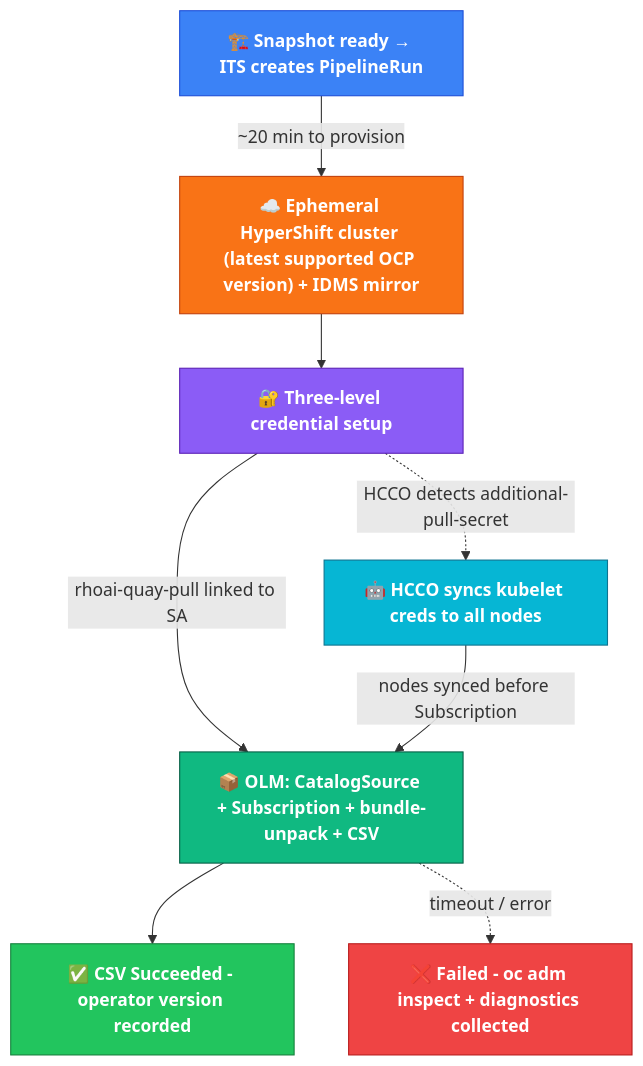
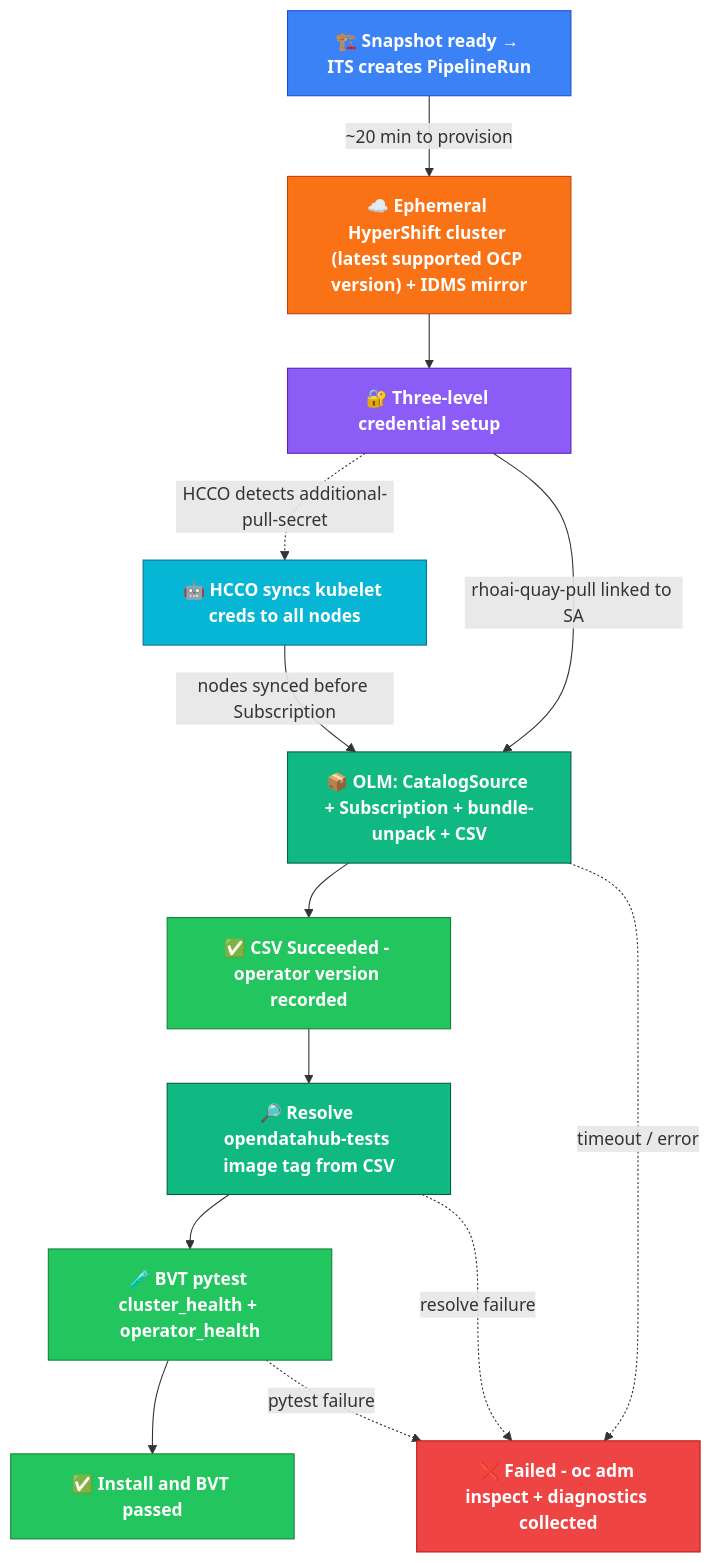
One commit to Srihari1192/odh-konflux-central changed the diagram in integration-tests/olminstall/README.md. Above: the diagram before and after it, drawn with Mermaid. The commit also changed other lines of this file and 36 other files, not shown here.

````diff
--- a/integration-tests/olminstall/README.md
+++ b/integration-tests/olminstall/README.md
@@ -9,26 +9,34 @@
 ```mermaid
 flowchart TD
     classDef trigger fill:#3B82F6,stroke:#1D4ED8,color:#fff,font-weight:bold
     classDef infra   fill:#F97316,stroke:#C2410C,color:#fff,font-weight:bold
     classDef auth    fill:#8B5CF6,stroke:#5B21B6,color:#fff,font-weight:bold
     classDef hcco    fill:#06B6D4,stroke:#0E7490,color:#fff,font-weight:bold
     classDef olm     fill:#10B981,stroke:#065F46,color:#fff,font-weight:bold
     classDef pass    fill:#22C55E,stroke:#15803D,color:#fff,font-weight:bold
     classDef fail    fill:#EF4444,stroke:#B91C1C,color:#fff,font-weight:bold
 
     BUILD["🏗️ Snapshot ready → ITS creates PipelineRun"]:::trigger
     CLUSTER["☁️ Ephemeral HyperShift cluster (latest supported OCP version) + IDMS mirror"]:::infra
     AUTH["🔐 Three-level credential setup"]:::auth
     HCCO["🤖 HCCO syncs kubelet creds to all nodes"]:::hcco
     OLM["📦 OLM: CatalogSource + Subscription + bundle-unpack + CSV"]:::olm
     PASS["✅ CSV Succeeded - operator version recorded"]:::pass
+    BVT_RESOLVE["🔎 Resolve opendatahub-tests image tag from CSV"]:::olm
+    BVT_RUN["🧪 BVT pytest cluster_health + operator_health"]:::pass
+    ALLPASS["✅ Install and BVT passed"]:::pass
     FAIL["❌ Failed - oc adm inspect + diagnostics collected"]:::fail
 
     BUILD -->|~20 min to provision| CLUSTER
     CLUSTER --> AUTH
     AUTH -.->|HCCO detects additional-pull-secret| HCCO
     AUTH -->|rhoai-quay-pull linked to SA| OLM
     HCCO -->|nodes synced before Subscription| OLM
     OLM --> PASS
+    PASS --> BVT_RESOLVE
+    BVT_RESOLVE --> BVT_RUN
+    BVT_RUN --> ALLPASS
     OLM -.->|timeout / error| FAIL
+    BVT_RESOLVE -.->|resolve failure| FAIL
+    BVT_RUN -.->|pytest failure| FAIL
 ```
````
